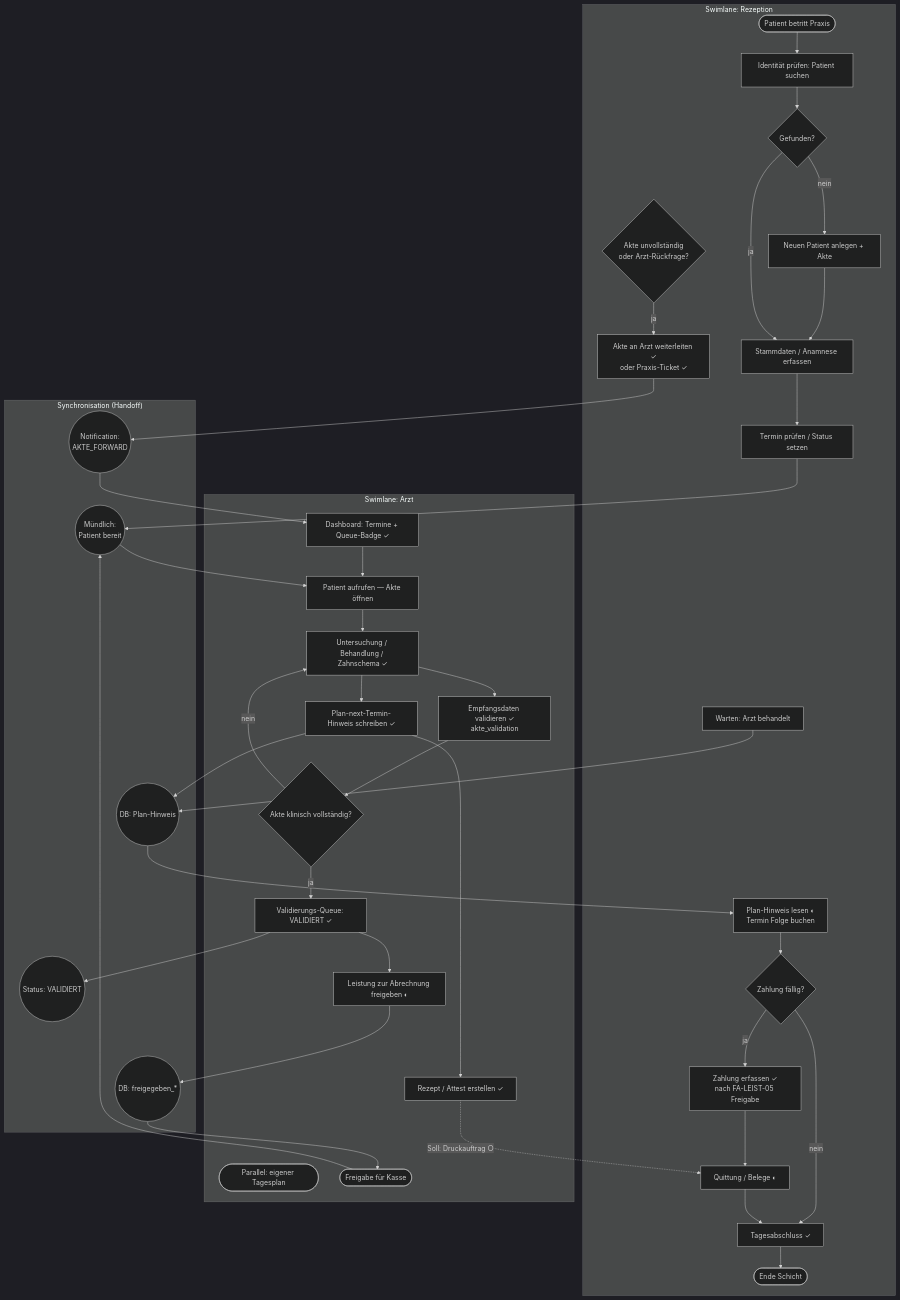
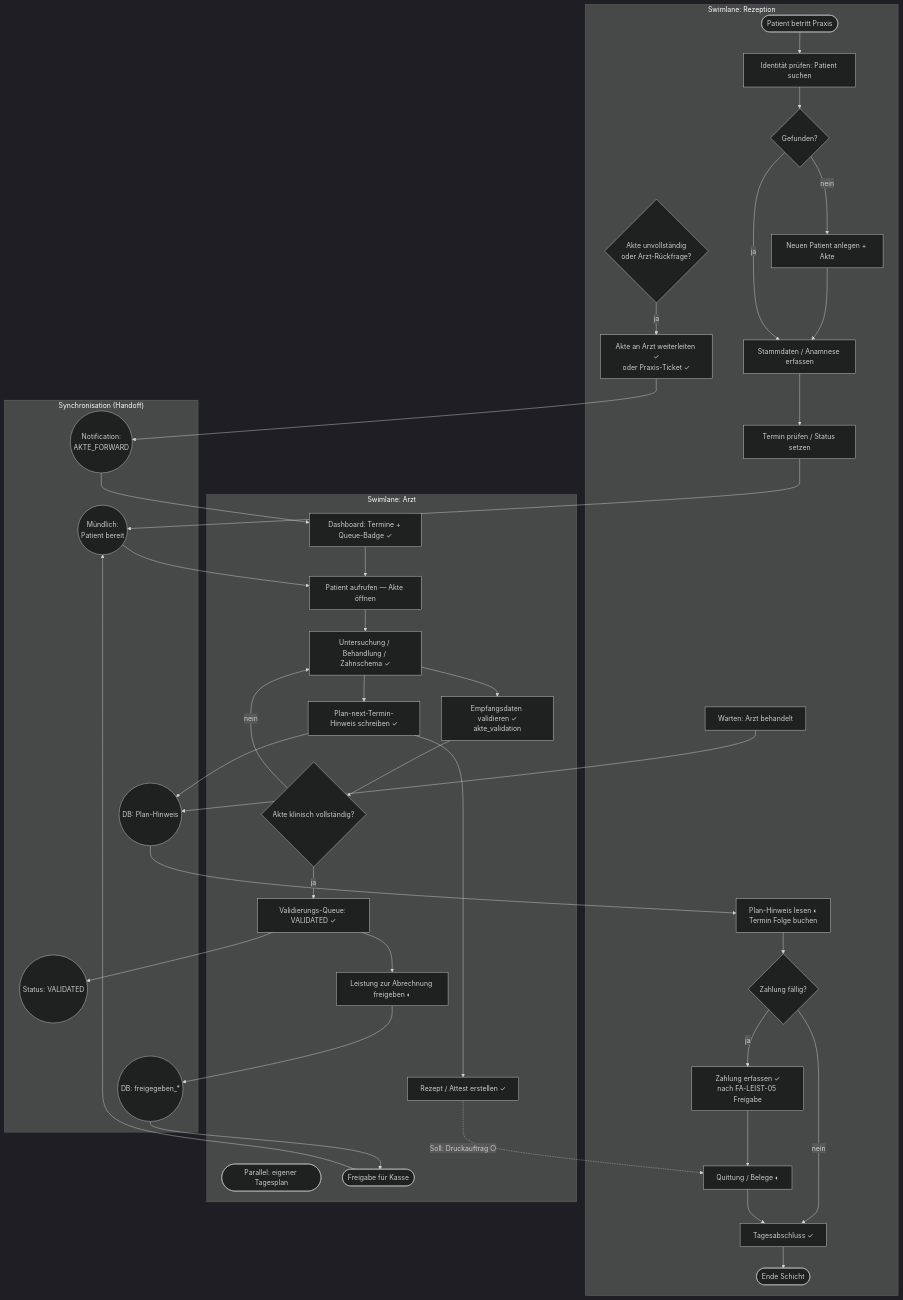
One commit to Achrafbennanizia/Medoc changed the fifth of 5 diagrams in docs/uml/08-arzt-rezeption-kollaboration.md. Above: the diagram before and after it, drawn with Mermaid (dark theme). The commit also changed other lines of this file and 1081 other files, not shown here.

````diff
--- a/docs/uml/08-arzt-rezeption-kollaboration.md
+++ b/docs/uml/08-arzt-rezeption-kollaboration.md
@@ -245,66 +245,66 @@
 ```mermaid
 flowchart TB
     subgraph REZ["Swimlane: Rezeption"]
         R0([Patient betritt Praxis])
         R1[Identität prüfen: Patient suchen]
         R2{Gefunden?}
         R3[Neuen Patient anlegen + Akte]
         R4[Stammdaten / Anamnese erfassen]
         R5[Termin prüfen / Status setzen]
         R6{Akte unvollständig<br/>oder Arzt-Rückfrage?}
         R7[Akte an Arzt weiterleiten ✓<br/>oder Praxis-Ticket ✓]
         R8[Warten: Arzt behandelt]
         R9[Plan-Hinweis lesen ◐<br/>Termin Folge buchen]
         R10{Zahlung fällig?}
         R11[Zahlung erfassen ✓<br/>nach FA-LEIST-05 Freigabe]
         R12[Quittung / Belege ◐]
         R13[Tagesabschluss ✓]
         REnd([Ende Schicht])
     end
 
-    subgraph ARZT["Swimlane: Arzt"]
+    subgraph PHYSICIAN["Swimlane: Arzt"]
         A0([Parallel: eigener Tagesplan])
         A1[Dashboard: Termine + Queue-Badge ✓]
         A2[Patient aufrufen — Akte öffnen]
         A3[Untersuchung / Behandlung / Zahnschema ✓]
         A4[Plan-next-Termin-Hinweis schreiben ✓]
         A5[Rezept / Attest erstellen ✓]
         A6[Empfangsdaten validieren ✓<br/>akte_validation]
         A7{Akte klinisch vollständig?}
-        A8[Validierungs-Queue: VALIDIERT ✓]
+        A8[Validierungs-Queue: VALIDATED ✓]
         A9[Leistung zur Abrechnung freigeben ◐]
         A10([Freigabe für Kasse])
     end
 
     subgraph SYNC["Synchronisation (Handoff)"]
         H1((Mündlich:<br/>Patient bereit))
         H2((Notification:<br/>AKTE_FORWARD))
         H3((DB: Plan-Hinweis))
         H4((DB: freigegeben_*))
-        H5((Status: VALIDIERT))
+        H5((Status: VALIDATED))
     end
 
     R0 --> R1 --> R2
     R2 -->|nein| R3 --> R4
     R2 -->|ja| R4
     R4 --> R5 --> H1
     H1 --> A2
     A1 --> A2
     A2 --> A3 --> A4 --> A5
     A3 --> A6 --> A7
     A7 -->|nein| A3
     A7 -->|ja| A8 --> H5
     A8 --> A9 --> H4
     H4 --> A10
     A10 --> H1
     R6 -->|ja| R7 --> H2
     H2 --> A1
     R8 --> H3
     H3 --> R9
     A4 --> H3
     R9 --> R10
     R10 -->|ja| R11
     R10 -->|nein| R13
     R11 --> R12 --> R13 --> REnd
     A5 -.->|Soll: Druckauftrag ○| R12
 ```
````
